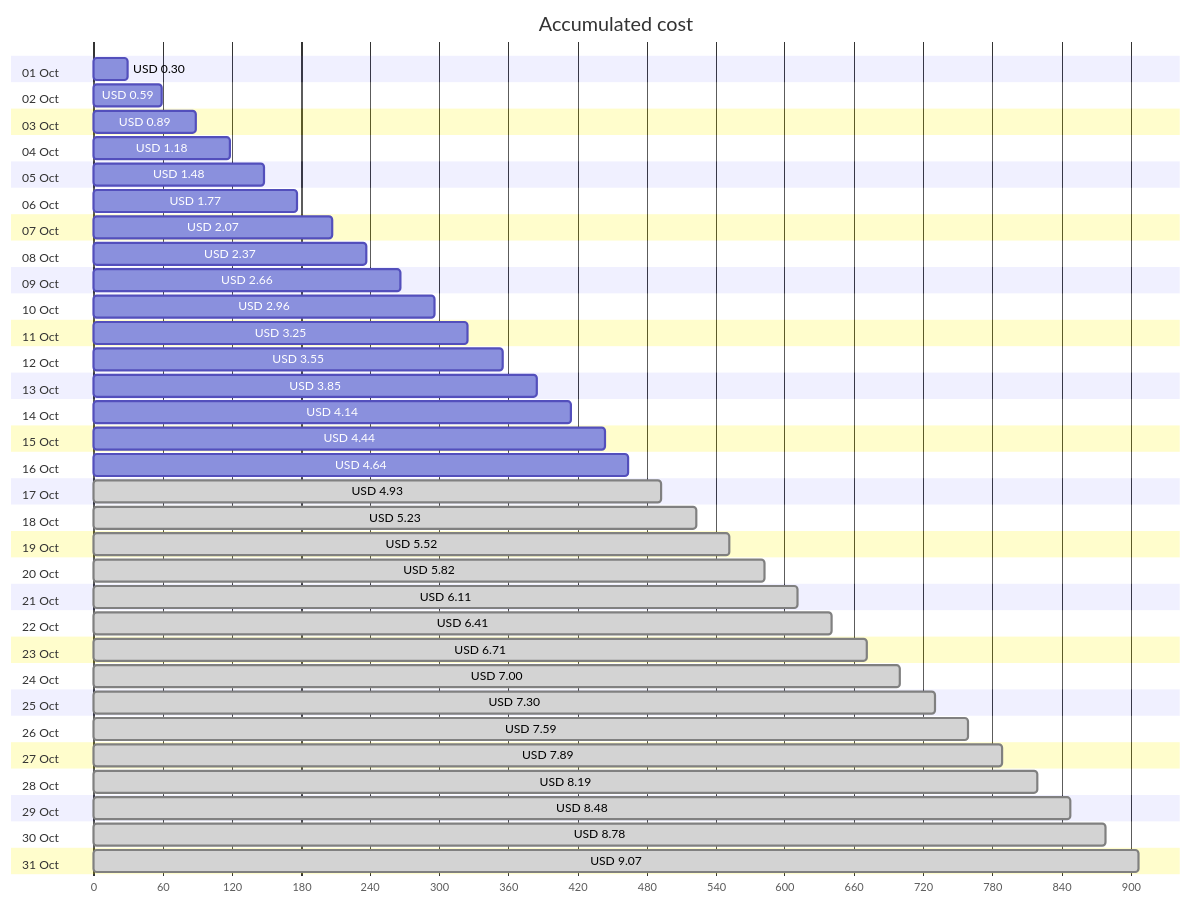
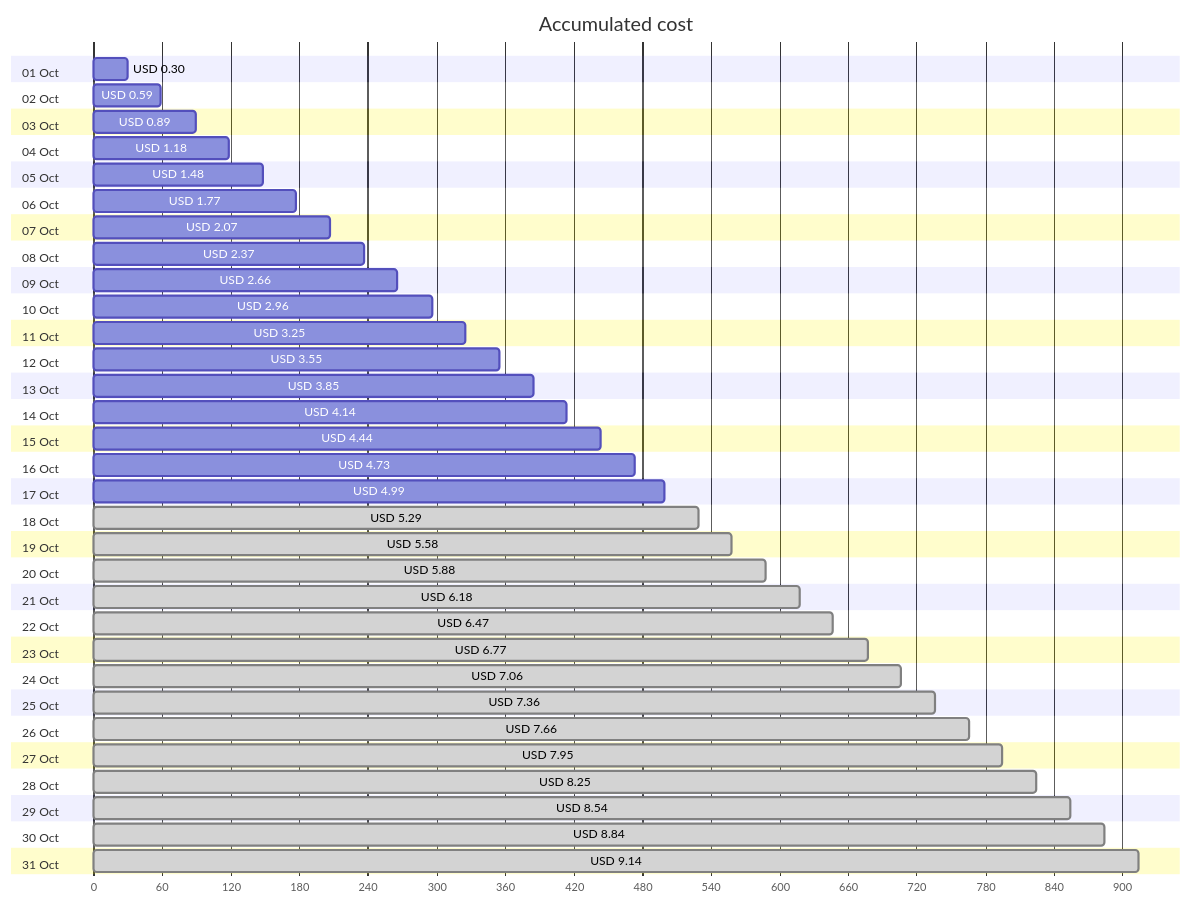
Before and after one commit to jpfulton/azure-personal-reports: the first of 4 diagrams in cost-reports/personal-site/personal-site-preview.md, drawn with Mermaid. The commit also changed other lines of this file and 7 other files, not shown here.

````diff
--- a/cost-reports/personal-site/personal-site-preview.md
+++ b/cost-reports/personal-site/personal-site-preview.md
@@ -20,68 +20,68 @@
 ```mermaid
 gantt
    title Accumulated cost
    dateFormat  X
    axisFormat %s
    section 01 Oct
    USD 0.30 :0, 30
    section 02 Oct
    USD 0.59 :0, 59
    section 03 Oct
    USD 0.89 :0, 89
    section 04 Oct
    USD 1.18 :0, 118
    section 05 Oct
    USD 1.48 :0, 148
    section 06 Oct
    USD 1.77 :0, 177
    section 07 Oct
    USD 2.07 :0, 207
    section 08 Oct
    USD 2.37 :0, 237
    section 09 Oct
    USD 2.66 :0, 266
    section 10 Oct
    USD 2.96 :0, 296
    section 11 Oct
    USD 3.25 :0, 325
    section 12 Oct
    USD 3.55 :0, 355
    section 13 Oct
    USD 3.85 :0, 385
    section 14 Oct
    USD 4.14 :0, 414
    section 15 Oct
    USD 4.44 :0, 444
    section 16 Oct
-   USD 4.64 :0, 464
+   USD 4.73 :0, 473
    section 17 Oct
-   USD 4.93 : done, 0, 493
+   USD 4.99 :0, 499
    section 18 Oct
-   USD 5.23 : done, 0, 523
+   USD 5.29 : done, 0, 529
    section 19 Oct
-   USD 5.52 : done, 0, 552
+   USD 5.58 : done, 0, 558
    section 20 Oct
-   USD 5.82 : done, 0, 582
+   USD 5.88 : done, 0, 588
    section 21 Oct
-   USD 6.11 : done, 0, 611
+   USD 6.18 : done, 0, 618
    section 22 Oct
-   USD 6.41 : done, 0, 641
+   USD 6.47 : done, 0, 647
    section 23 Oct
-   USD 6.71 : done, 0, 671
+   USD 6.77 : done, 0, 677
    section 24 Oct
-   USD 7.00 : done, 0, 700
+   USD 7.06 : done, 0, 706
    section 25 Oct
-   USD 7.30 : done, 0, 730
+   USD 7.36 : done, 0, 736
    section 26 Oct
-   USD 7.59 : done, 0, 759
+   USD 7.66 : done, 0, 766
    section 27 Oct
-   USD 7.89 : done, 0, 789
+   USD 7.95 : done, 0, 795
    section 28 Oct
-   USD 8.19 : done, 0, 819
+   USD 8.25 : done, 0, 825
    section 29 Oct
-   USD 8.48 : done, 0, 848
+   USD 8.54 : done, 0, 854
    section 30 Oct
-   USD 8.78 : done, 0, 878
+   USD 8.84 : done, 0, 884
    section 31 Oct
-   USD 9.07 : done, 0, 907
+   USD 9.14 : done, 0, 914
 ```
````
